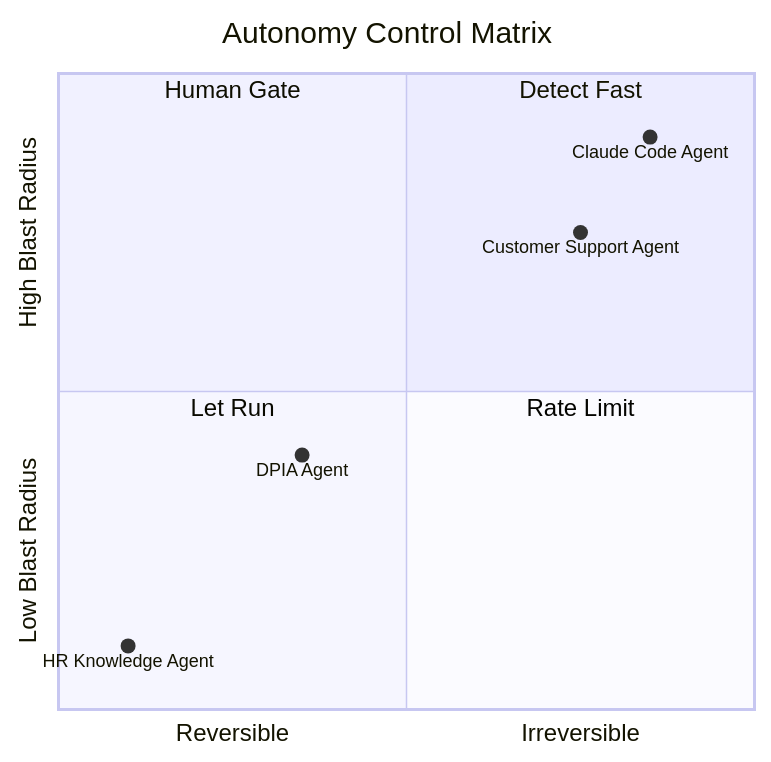
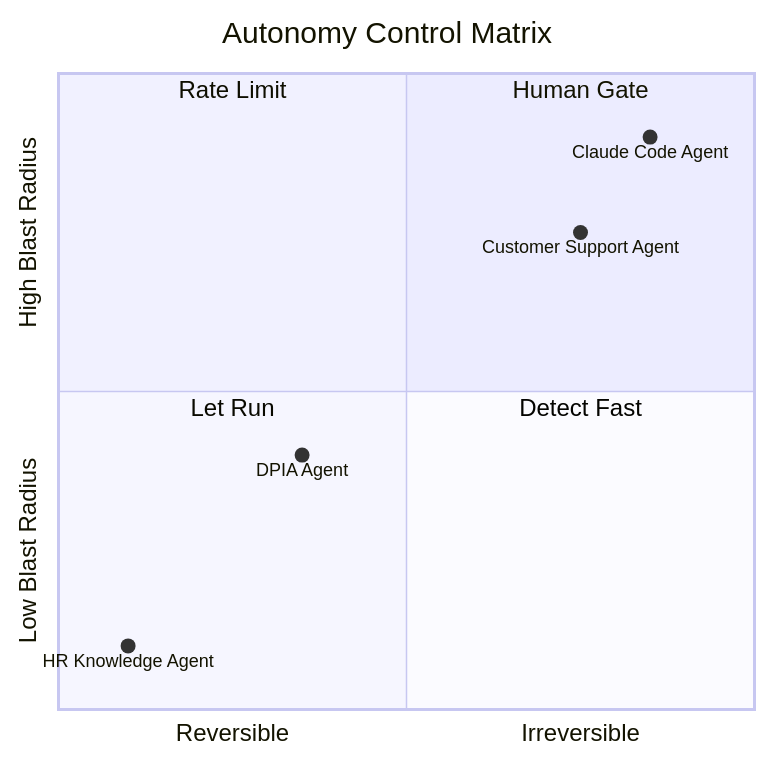
Before and after one commit to rstu746/ai-control-plane: the fourth of 6 diagrams in README.md, drawn with Mermaid.

Commit message:
fix(docs): correct quadrant labels in autonomy matrix chart
quadrant-1 = top-right (high blast + irreversible) = Human Gate
quadrant-2 = top-left  (high blast + reversible)   = Rate Limit
quadrant-3 = bottom-left (low blast + reversible)  = Let Run
quadrant-4 = bottom-right (low blast + irreversible) = Detect Fast

Previous labels were misassigned — quadrant-1 said Detect Fast and
quadrant-2 said Human Gate, contradicting the control table below the
chart. Data point placements were already correct.

````diff
--- a/README.md
+++ b/README.md
@@ -161,14 +161,14 @@
 ```mermaid
 quadrantChart
     title Autonomy Control Matrix
     x-axis Reversible --> Irreversible
     y-axis Low Blast Radius --> High Blast Radius
-    quadrant-1 Detect Fast
-    quadrant-2 Human Gate
+    quadrant-1 Human Gate
+    quadrant-2 Rate Limit
     quadrant-3 Let Run
-    quadrant-4 Rate Limit
+    quadrant-4 Detect Fast
     HR Knowledge Agent: [0.1, 0.1]
     DPIA Agent: [0.35, 0.4]
     Customer Support Agent: [0.75, 0.75]
     Claude Code Agent: [0.85, 0.9]
 ```
````
